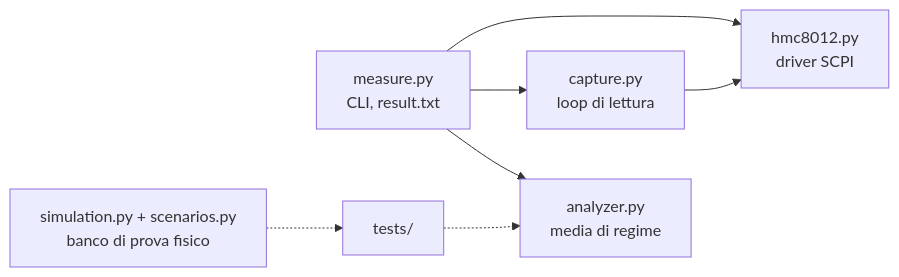
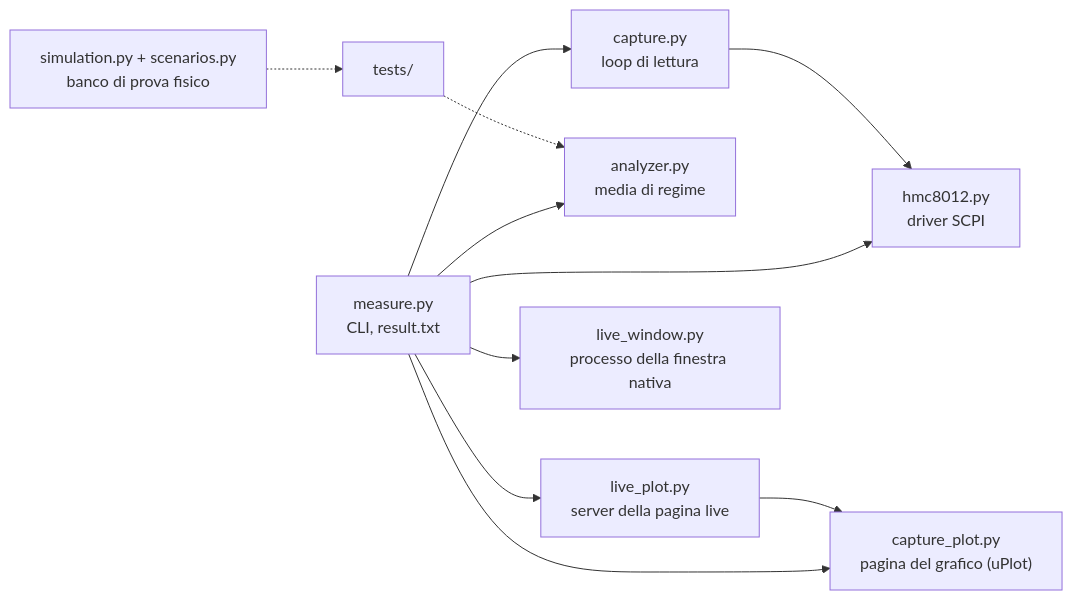
The diagram in README_ita.md (YarinCardillo/hmc8012-measure), drawn with Mermaid before and after one commit. The commit also changed other lines of this file and 1 other file, not shown here.

First line of the commit message:
docs: document capture plots, fix console comments and the VBA capture flow

````diff
--- a/README_ita.md
+++ b/README_ita.md
@@ -122,9 +159,13 @@
 ```mermaid
 flowchart LR
     CLI["measure.py<br/>CLI, result.txt"] --> DRV["hmc8012.py<br/>driver SCPI"]
     CLI --> CAP["capture.py<br/>loop di lettura"]
     CAP --> DRV
     CLI --> ANA["analyzer.py<br/>media di regime"]
+    CLI --> PLOT["capture_plot.py<br/>pagina del grafico (uPlot)"]
+    CLI --> LIVE["live_plot.py<br/>server della pagina live"]
+    LIVE --> PLOT
+    CLI --> WIN["live_window.py<br/>processo della finestra nativa"]
     SIM["simulation.py + scenarios.py<br/>banco di prova fisico"] -.-> TESTS["tests/"]
     TESTS -.-> ANA
 ```
````
